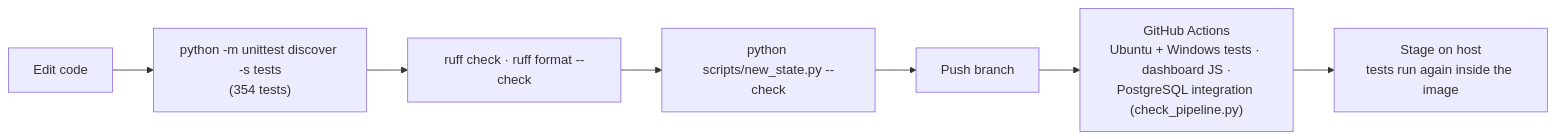
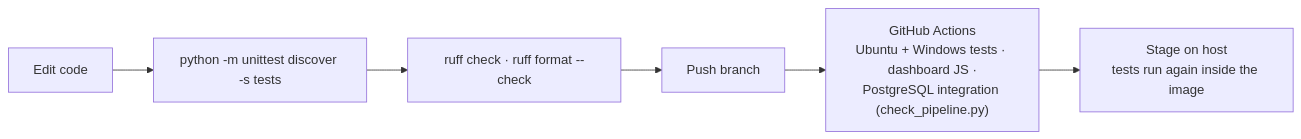
The fifth of 5 diagrams in docs/architecture/operations.md (Naman4561/us-election-results-pipeline), drawn with Mermaid before and after one commit. The commit also changed other lines of this file and 11 other files, not shown here.

First line of the commit message:
refactor: remove dead code, update README and architecture docs

````diff
--- a/docs/architecture/operations.md
+++ b/docs/architecture/operations.md
@@ -91,9 +86,8 @@
 ```mermaid
 flowchart LR
-    code["Edit code"] --> unit["python -m unittest discover -s tests<br/>(354 tests)"]
+    code["Edit code"] --> unit["python -m unittest discover -s tests"]
     unit --> lint["ruff check · ruff format --check"]
-    lint --> drift["python scripts/new_state.py --check"]
-    drift --> push["Push branch"]
+    lint --> push["Push branch"]
     push --> ci["GitHub Actions<br/>Ubuntu + Windows tests · dashboard JS ·<br/>PostgreSQL integration (check_pipeline.py)"]
     ci --> stage["Stage on host<br/>tests run again inside the image"]
 ```
````
